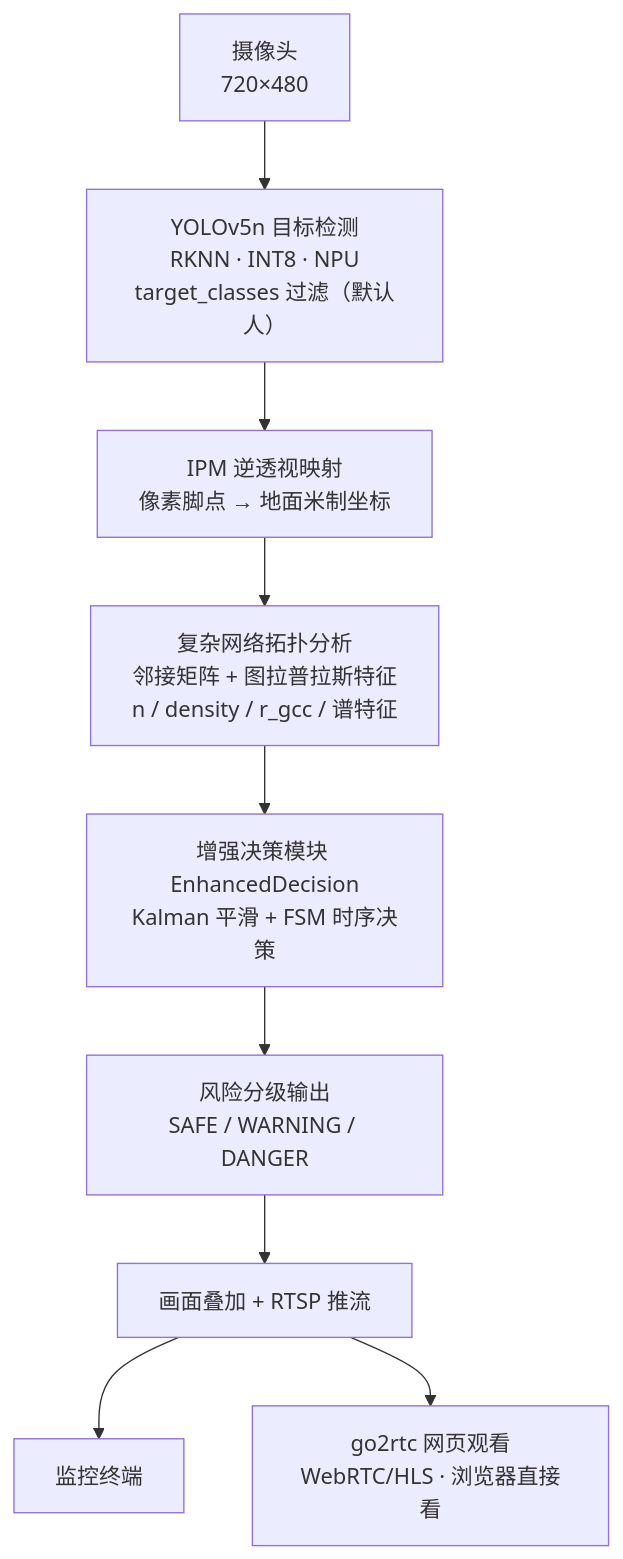
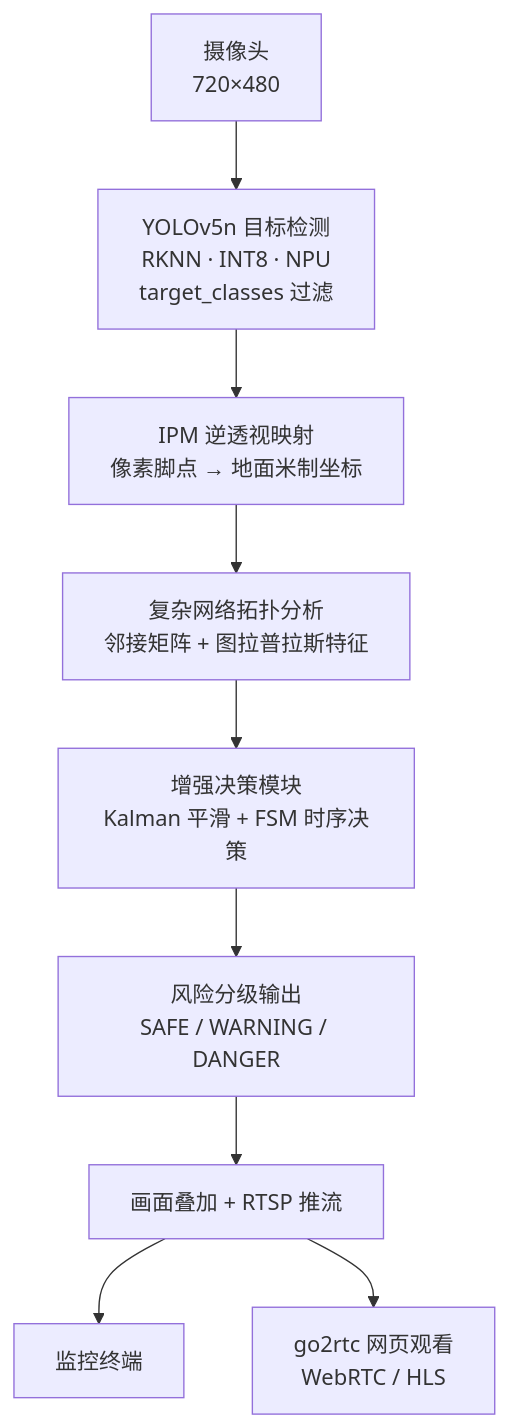
Before and after one commit to Liao0429/pedestrian-risk-decision: the diagram in README.md, drawn with Mermaid. The commit also changed other lines of this file, not shown here.

````diff
--- a/README.md
+++ b/README.md
@@ -42,11 +32,11 @@
 ```mermaid
 graph TD
- A[摄像头<br/>720×480] --> B["YOLOv5n 目标检测<br/>RKNN · INT8 · NPU<br/>target_classes 过滤（默认人）"]
+ A[摄像头<br/>720×480] --> B["YOLOv5n 目标检测<br/>RKNN · INT8 · NPU<br/>target_classes 过滤"]
  B --> C["IPM 逆透视映射<br/>像素脚点 → 地面米制坐标"]
- C --> D["复杂网络拓扑分析<br/>邻接矩阵 + 图拉普拉斯特征<br/>n / density / r_gcc / 谱特征"]
- D --> E["增强决策模块 EnhancedDecision<br/>Kalman 平滑 + FSM 时序决策"]
+ C --> D["复杂网络拓扑分析<br/>邻接矩阵 + 图拉普拉斯特征"]
+ D --> E["增强决策模块<br/>Kalman 平滑 + FSM 时序决策"]
  E --> F["风险分级输出<br/>SAFE / WARNING / DANGER"]
  F --> G["画面叠加 + RTSP 推流"]
  G --> H[监控终端]
- G --> I["go2rtc 网页观看<br/>WebRTC/HLS · 浏览器直接看"]
+ G --> I["go2rtc 网页观看<br/>WebRTC / HLS"]
 ```
````
